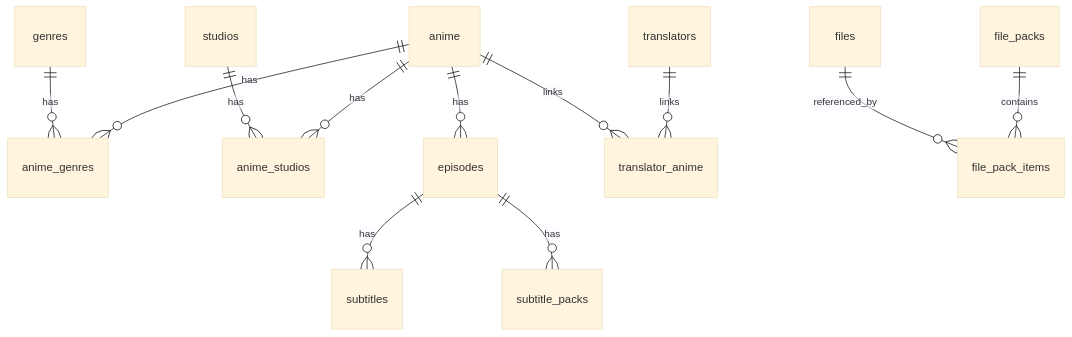
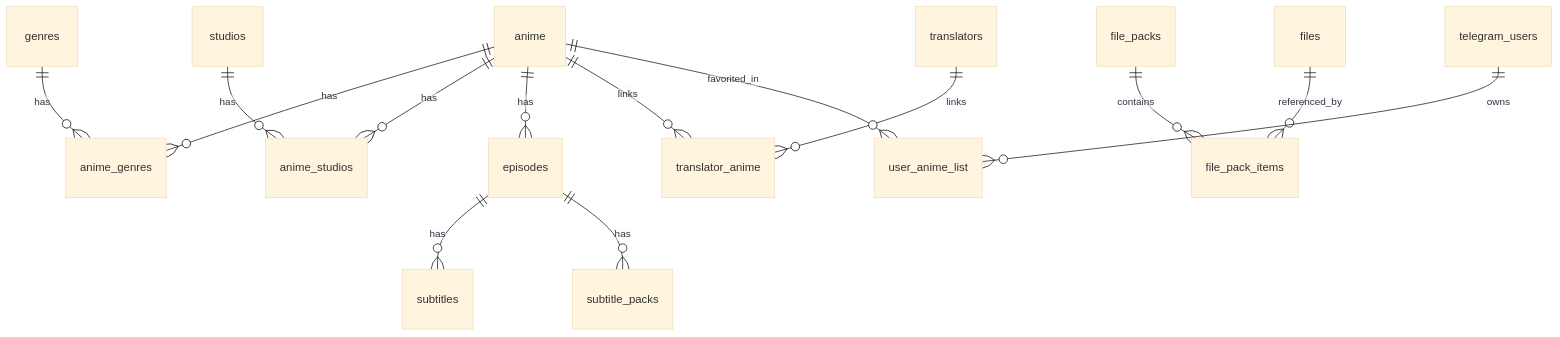
Before and after one commit to mrhasanzadeh/shiori-mini-app: the diagram in docs/schema.md, drawn with Mermaid (base theme). The commit also changed other lines of this file and 27 other files, not shown here.

````diff
--- a/docs/schema.md
+++ b/docs/schema.md
@@ -9,14 +9,16 @@
 ```mermaid
 erDiagram
   anime ||--o{ anime_genres : has
   genres ||--o{ anime_genres : has
   anime ||--o{ anime_studios : has
   studios ||--o{ anime_studios : has
   anime ||--o{ episodes : has
   episodes ||--o{ subtitles : has
   episodes ||--o{ subtitle_packs : has
   translators ||--o{ translator_anime : links
   anime ||--o{ translator_anime : links
   file_packs ||--o{ file_pack_items : contains
   files ||--o{ file_pack_items : referenced_by
+  telegram_users ||--o{ user_anime_list : owns
+  anime ||--o{ user_anime_list : favorited_in
 ```
````
